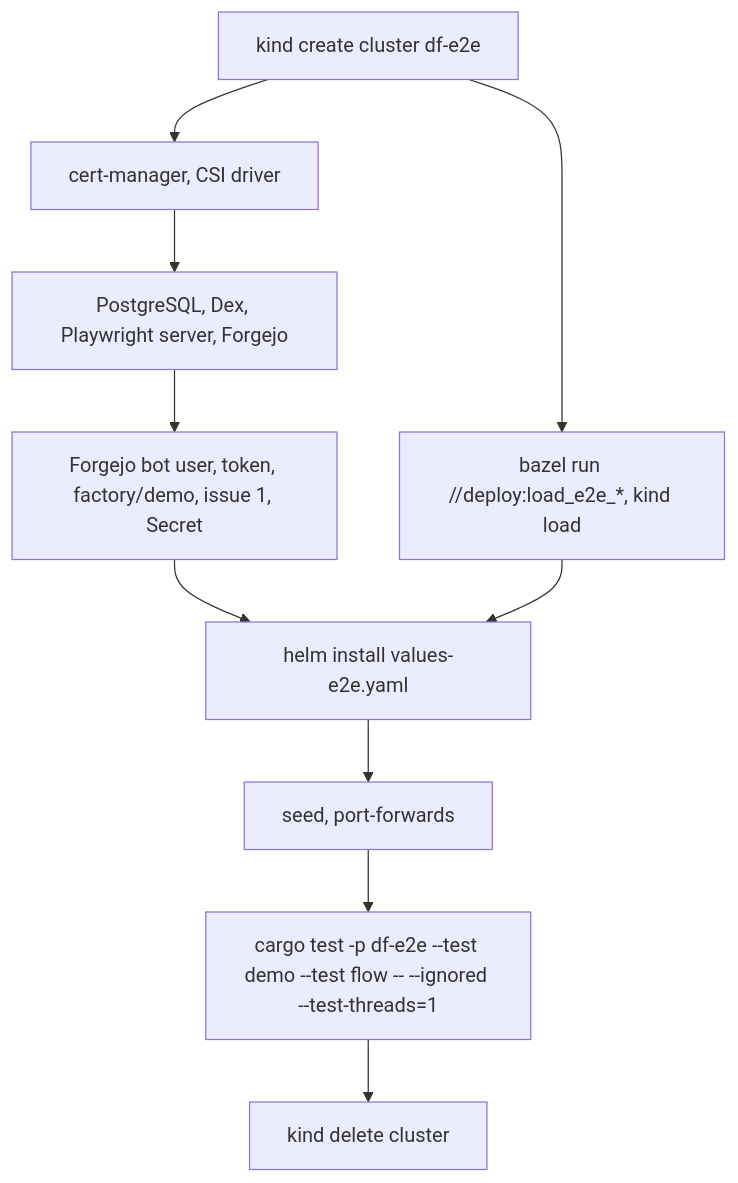
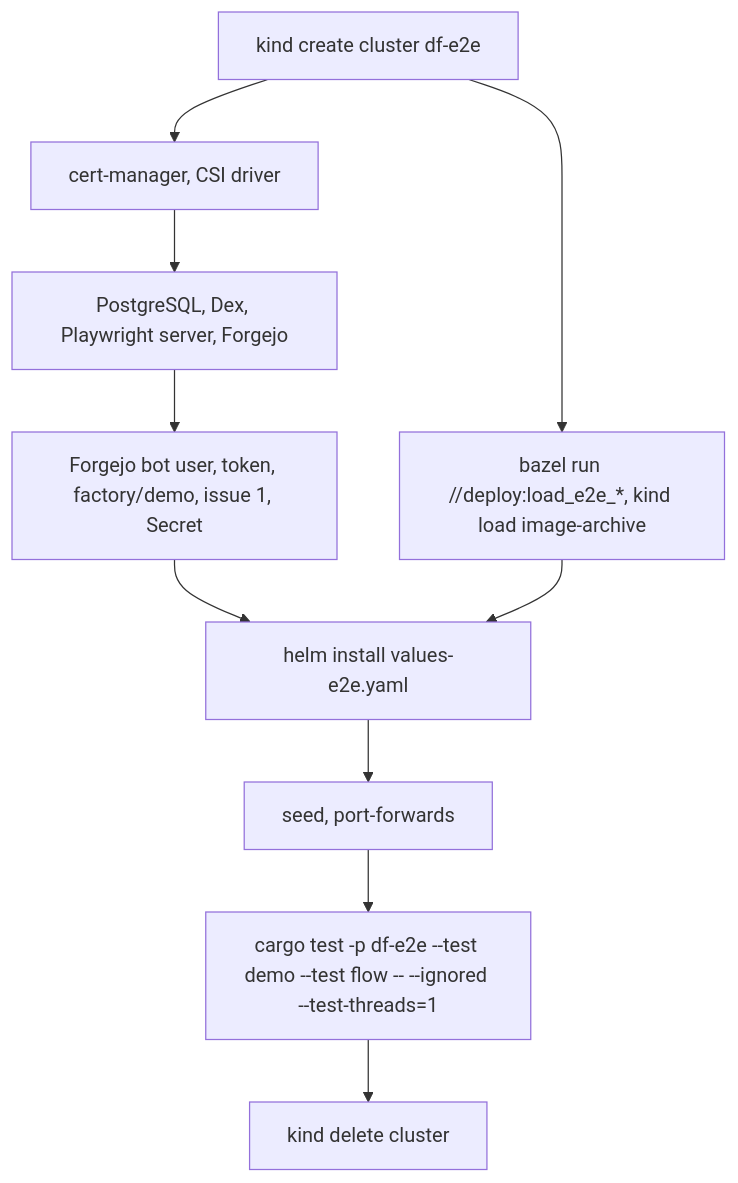
One commit to prskr/dark-factory changed the diagram in docs/demo.md. Above: the diagram before and after it, drawn with Mermaid. The commit also changed other lines of this file and 2 other files, not shown here.

First line of the commit message:
fix(e2e): import single-platform image tarballs into the kind node

````diff
--- a/docs/demo.md
+++ b/docs/demo.md
@@ -27,12 +27,12 @@
 ```mermaid
 flowchart TD
     A[kind create cluster df-e2e] --> B[cert-manager, CSI driver]
-    A --> I[bazel run //deploy:load_e2e_*, kind load]
+    A --> I[bazel run //deploy:load_e2e_*, kind load image-archive]
     B --> C[PostgreSQL, Dex, Playwright server, Forgejo]
     C --> D[Forgejo bot user, token, factory/demo, issue 1, Secret]
     D --> E[helm install values-e2e.yaml]
     I --> E
     E --> F[seed, port-forwards]
     F --> G["cargo test -p df-e2e --test demo --test flow -- --ignored --test-threads=1"]
     G --> H[kind delete cluster]
 ```
````
